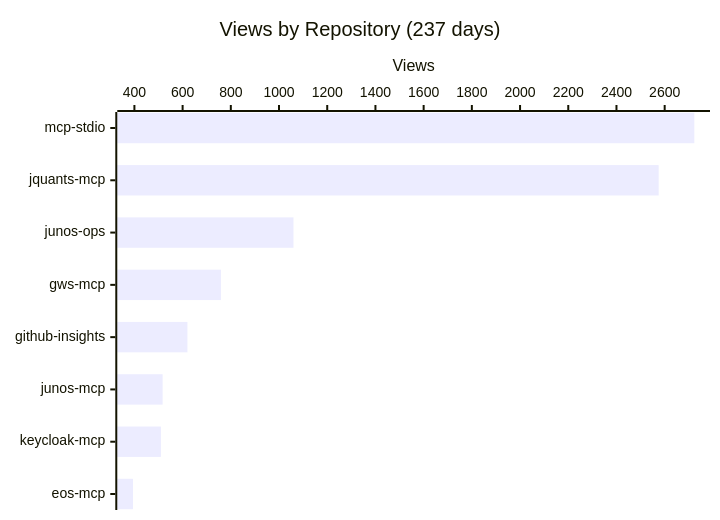
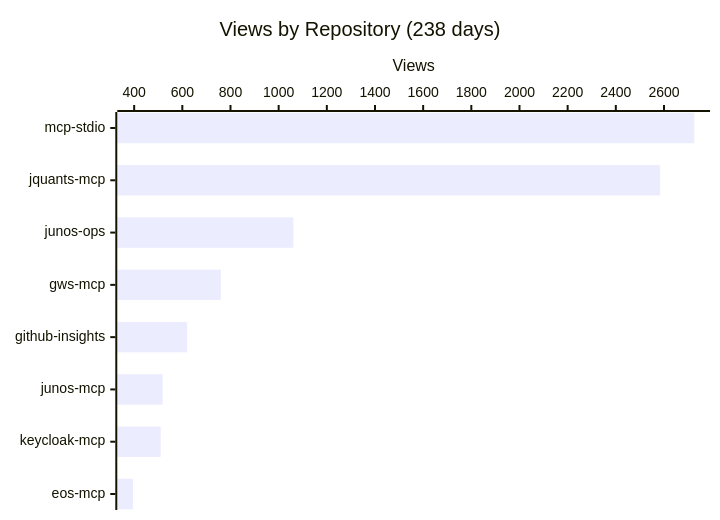
The first of 4 diagrams in README.md (shigechika/github-insights), drawn with Mermaid before and after one commit. The commit also changed other lines of this file and 1 other file, not shown here.

````diff
--- a/README.md
+++ b/README.md
@@ -18,7 +18,7 @@
 ```mermaid
 xychart-beta horizontal
-    title "Views by Repository (237 days)"
+    title "Views by Repository (238 days)"
     x-axis ["mcp-stdio", "jquants-mcp", "junos-ops", "gws-mcp", "github-insights", "junos-mcp", "keycloak-mcp", "eos-mcp"]
     y-axis "Views"
-    bar [2723, 2575, 1060, 759, 620, 517, 510, 394]
+    bar [2726, 2584, 1061, 760, 620, 518, 510, 395]
 ```
````
